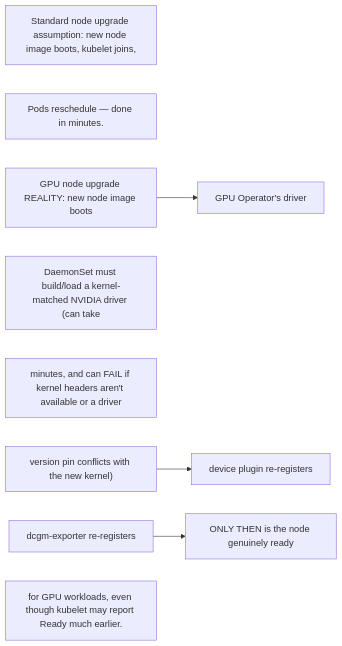
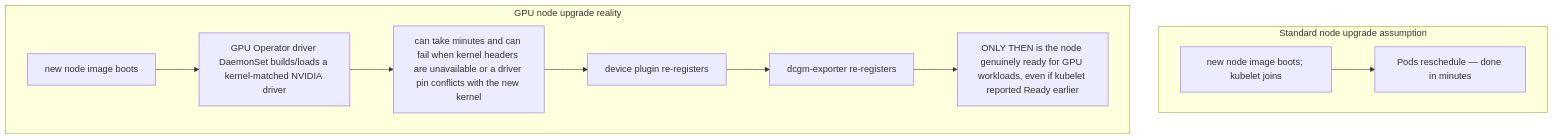
One commit to jithinpnjm/nvidia-devops changed the third of 3 diagrams in docs/volume-03/09-chapter-9-upgrades-reliability-and-cluster-operations.md. Above: the diagram before and after it, drawn with Mermaid. The commit also changed other lines of this file and 99 other files, not shown here.

````diff
--- a/docs/volume-03/09-chapter-9-upgrades-reliability-and-cluster-operations.md
+++ b/docs/volume-03/09-chapter-9-upgrades-reliability-and-cluster-operations.md
@@ -85,18 +83,12 @@
 ```mermaid
-flowchart LR
-  %% Converted from the original ASCII diagram; source wording is preserved.
-  n0["Standard node upgrade assumption: new node image boots, kubelet joins,"]
-  n1["Pods reschedule — done in minutes."]
-  n2["GPU node upgrade REALITY: new node image boots"]
-  n3["GPU Operator's driver"]
-  n4["DaemonSet must build/load a kernel-matched NVIDIA driver (can take"]
-  n5["minutes, and can FAIL if kernel headers aren't available or a driver"]
-  n6["version pin conflicts with the new kernel)"]
-  n7["device plugin re-registers"]
-  n8["dcgm-exporter re-registers"]
-  n9["ONLY THEN is the node genuinely ready"]
-  n10["for GPU workloads, even though kubelet may report Ready much earlier."]
-  n2 --> n3
-  n6 --> n7
-  n8 --> n9
+flowchart TD
+  subgraph Standard["Standard node upgrade assumption"]
+    S1["new node image boots; kubelet joins"] --> S2["Pods reschedule — done in minutes"]
+  end
+  subgraph GPU["GPU node upgrade reality"]
+    G1["new node image boots"] --> G2["GPU Operator driver DaemonSet builds/loads a kernel-matched NVIDIA driver"]
+    G2 --> G3["can take minutes and can fail when kernel headers are unavailable or a driver pin conflicts with the new kernel"]
+    G3 --> G4["device plugin re-registers"] --> G5["dcgm-exporter re-registers"]
+    G5 --> G6["ONLY THEN is the node genuinely ready for GPU workloads, even if kubelet reported Ready earlier"]
+  end
 ```
````
